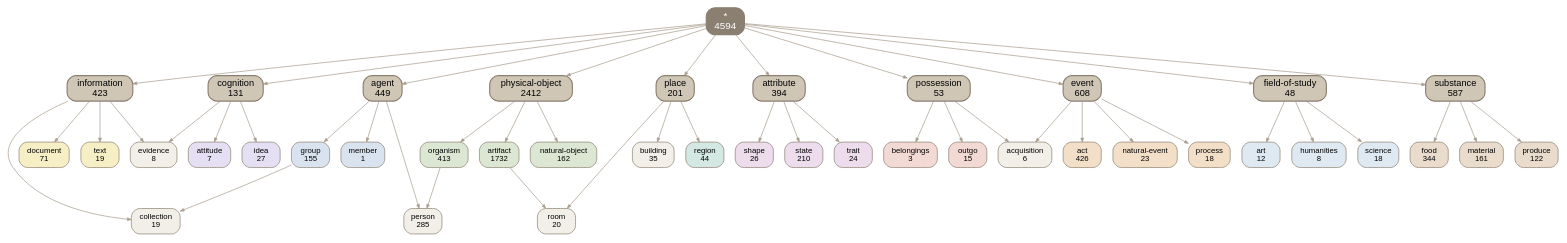
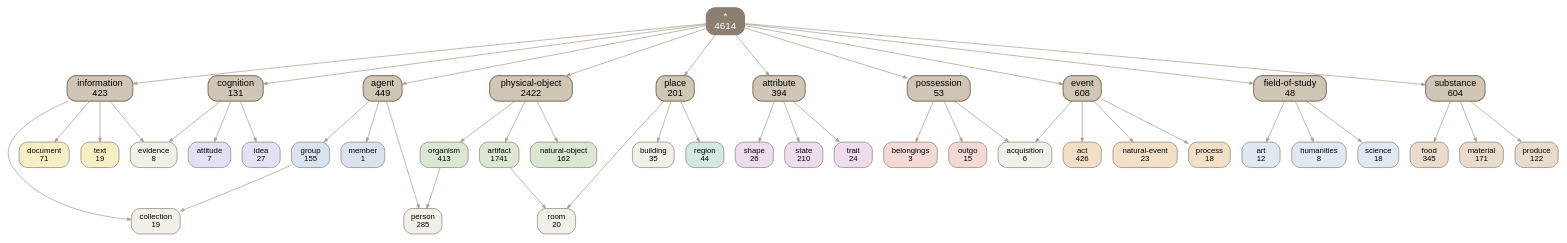
One commit to petfold/ontodag-core changed the diagram in docs/img/top.dot. Above: the diagram before and after it, drawn with Graphviz. The commit also changed 145 other files, not shown here.

```diff
--- a/docs/img/top.dot
+++ b/docs/img/top.dot
@@ -1,92 +1,92 @@
 digraph core {
   root="*"; rankdir=TB; ranksep=0.8; nodesep=0.22; splines=true; outputorder=edgesfirst;
   node [shape=box, style="rounded,filled", color="#8a7f70", fontname=Helvetica, fontsize=11];
   edge [color="#a89c8c", arrowsize=0.55];
-  "*" [label="*\n4594" fillcolor="#8a7f70" fontcolor="white" fontsize=14 penwidth=1.6];
+  "*" [label="*\n4614" fillcolor="#8a7f70" fontcolor="white" fontsize=14 penwidth=1.6];
   "*" -> "agent";
   "*" -> "attribute";
   "*" -> "cognition";
   "*" -> "event";
   "*" -> "field-of-study";
   "*" -> "information";
   "*" -> "physical-object";
   "*" -> "place";
   "*" -> "possession";
   "*" -> "substance";
   "acquisition" [label="acquisition\n6" fillcolor="#f2efe9"];
   "act" [label="act\n426" fillcolor="#f3dfc8"];
   "agent" [label="agent\n449" fillcolor="#cfc6b6" fontsize=13 penwidth=1.6];
   "art" [label="art\n12" fillcolor="#dfe9f2"];
-  "artifact" [label="artifact\n1732" fillcolor="#dbe7d3"];
+  "artifact" [label="artifact\n1741" fillcolor="#dbe7d3"];
   "attitude" [label="attitude\n7" fillcolor="#e4dff2"];
   "attribute" [label="attribute\n394" fillcolor="#cfc6b6" fontsize=13 penwidth=1.6];
   "belongings" [label="belongings\n3" fillcolor="#f2d9d3"];
   "building" [label="building\n35" fillcolor="#f2efe9"];
   "cognition" [label="cognition\n131" fillcolor="#cfc6b6" fontsize=13 penwidth=1.6];
   "collection" [label="collection\n19" fillcolor="#f2efe9"];
   "document" [label="document\n71" fillcolor="#f6efc5"];
   "event" [label="event\n608" fillcolor="#cfc6b6" fontsize=13 penwidth=1.6];
   "evidence" [label="evidence\n8" fillcolor="#f2efe9"];
   "field-of-study" [label="field-of-study\n48" fillcolor="#cfc6b6" fontsize=13 penwidth=1.6];
-  "food" [label="food\n344" fillcolor="#e9dccd"];
+  "food" [label="food\n345" fillcolor="#e9dccd"];
   "group" [label="group\n155" fillcolor="#d9e3ef"];
   "humanities" [label="humanities\n8" fillcolor="#dfe9f2"];
   "idea" [label="idea\n27" fillcolor="#e4dff2"];
   "information" [label="information\n423" fillcolor="#cfc6b6" fontsize=13 penwidth=1.6];
-  "material" [label="material\n161" fillcolor="#e9dccd"];
+  "material" [label="material\n171" fillcolor="#e9dccd"];
   "member" [label="member\n1" fillcolor="#d9e3ef"];
   "natural-event" [label="natural-event\n23" fillcolor="#f3dfc8"];
   "natural-object" [label="natural-object\n162" fillcolor="#dbe7d3"];
   "organism" [label="organism\n413" fillcolor="#dbe7d3"];
   "outgo" [label="outgo\n15" fillcolor="#f2d9d3"];
   "person" [label="person\n285" fillcolor="#f2efe9"];
-  "physical-object" [label="physical-object\n2412" fillcolor="#cfc6b6" fontsize=13 penwidth=1.6];
+  "physical-object" [label="physical-object\n2422" fillcolor="#cfc6b6" fontsize=13 penwidth=1.6];
   "place" [label="place\n201" fillcolor="#cfc6b6" fontsize=13 penwidth=1.6];
   "possession" [label="possession\n53" fillcolor="#cfc6b6" fontsize=13 penwidth=1.6];
   "process" [label="process\n18" fillcolor="#f3dfc8"];
   "produce" [label="produce\n122" fillcolor="#e9dccd"];
   "region" [label="region\n44" fillcolor="#d3e7e3"];
   "room" [label="room\n20" fillcolor="#f2efe9"];
   "science" [label="science\n18" fillcolor="#dfe9f2"];
   "shape" [label="shape\n26" fillcolor="#ecdcec"];
   "state" [label="state\n210" fillcolor="#ecdcec"];
-  "substance" [label="substance\n587" fillcolor="#cfc6b6" fontsize=13 penwidth=1.6];
+  "substance" [label="substance\n604" fillcolor="#cfc6b6" fontsize=13 penwidth=1.6];
   "text" [label="text\n19" fillcolor="#f6efc5"];
   "trait" [label="trait\n24" fillcolor="#ecdcec"];
   { rank=same; "agent" "attribute" "cognition" "event" "field-of-study" "information" "physical-object" "place" "possession" "substance" }
+  "possession" -> "outgo";
+  "information" -> "text";
   "substance" -> "material";
+  "cognition" -> "evidence";
+  "information" -> "evidence";
+  "cognition" -> "attitude";
+  "physical-object" -> "natural-object";
+  "agent" -> "person";
+  "organism" -> "person";
+  "substance" -> "food";
+  "place" -> "building";
+  "agent" -> "member";
+  "group" -> "collection";
+  "information" -> "collection";
+  "event" -> "process";
+  "possession" -> "belongings";
+  "field-of-study" -> "humanities";
   "event" -> "natural-event";
-  "event" -> "process";
   "attribute" -> "shape";
-  "information" -> "document";
+  "place" -> "region";
+  "physical-object" -> "artifact";
+  "substance" -> "produce";
+  "field-of-study" -> "science";
+  "attribute" -> "trait";
+  "artifact" -> "room";
+  "place" -> "room";
+  "agent" -> "group";
   "event" -> "acquisition";
   "possession" -> "acquisition";
-  "attribute" -> "trait";
-  "possession" -> "outgo";
-  "substance" -> "produce";
-  "cognition" -> "attitude";
-  "agent" -> "member";
+  "physical-object" -> "organism";
+  "event" -> "act";
+  "information" -> "document";
   "cognition" -> "idea";
-  "physical-object" -> "artifact";
-  "substance" -> "food";
-  "field-of-study" -> "humanities";
-  "artifact" -> "room";
-  "place" -> "room";
-  "cognition" -> "evidence";
-  "information" -> "evidence";
-  "possession" -> "belongings";
-  "physical-object" -> "natural-object";
-  "field-of-study" -> "science";
   "field-of-study" -> "art";
-  "place" -> "building";
-  "agent" -> "person";
-  "organism" -> "person";
-  "group" -> "collection";
-  "information" -> "collection";
-  "event" -> "act";
-  "information" -> "text";
-  "physical-object" -> "organism";
-  "place" -> "region";
   "attribute" -> "state";
-  "agent" -> "group";
 }
```
